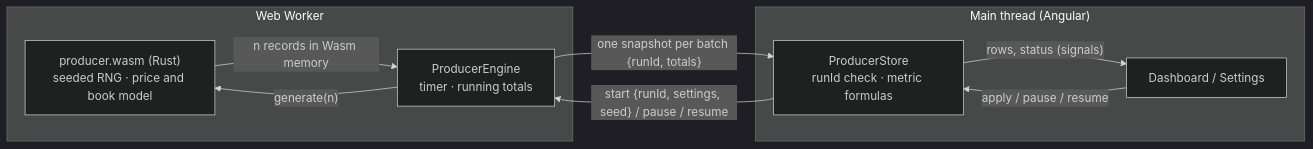
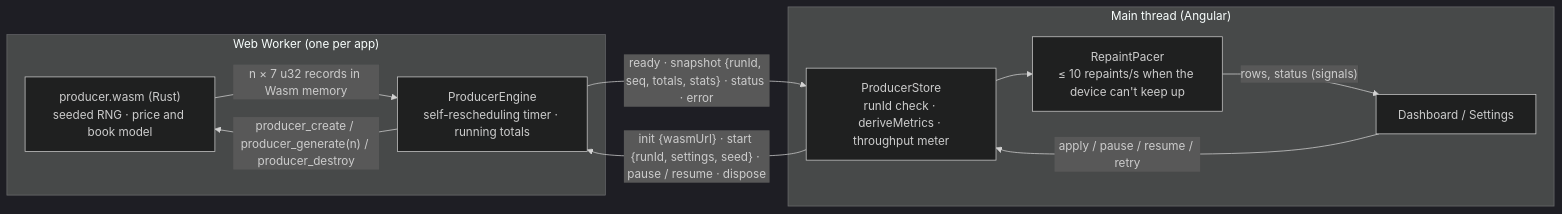
The diagram in README.md (vvitkus-dev/findev), drawn with Mermaid (dark theme) before and after one commit.

Commit message:
docs(readme): update the architecture diagram to match the current protocol

````diff
--- a/README.md
+++ b/README.md
@@ -32,17 +32,19 @@
 ```mermaid
 flowchart LR
-  subgraph Worker["Web Worker"]
+  subgraph Worker["Web Worker (one per app)"]
     Wasm["producer.wasm (Rust)<br/>seeded RNG · price and book model"]
-    Engine["ProducerEngine<br/>timer · running totals"]
-    Engine -- "generate(n)" --> Wasm
-    Wasm -- "n records in Wasm memory" --> Engine
+    Engine["ProducerEngine<br/>self-rescheduling timer · running totals"]
+    Engine -- "producer_create / producer_generate(n) / producer_destroy" --> Wasm
+    Wasm -- "n × 7 u32 records in Wasm memory" --> Engine
   end
   subgraph Main["Main thread (Angular)"]
-    Store["ProducerStore<br/>runId check · metric formulas"]
+    Store["ProducerStore<br/>runId check · deriveMetrics · throughput meter"]
+    Pacer["RepaintPacer<br/>≤ 10 repaints/s when the device can't keep up"]
     Pages["Dashboard / Settings"]
-    Store -- "rows, status (signals)" --> Pages
-    Pages -- "apply / pause / resume" --> Store
+    Store --> Pacer
+    Pacer -- "rows, status (signals)" --> Pages
+    Pages -- "apply / pause / resume / retry" --> Store
   end
-  Store -- "start {runId, settings, seed} / pause / resume" --> Engine
-  Engine -- "one snapshot per batch {runId, totals}" --> Store
+  Store -- "init {wasmUrl} · start {runId, settings, seed} · pause / resume · dispose" --> Engine
+  Engine -- "ready · snapshot {runId, seq, totals, stats} · status · error" --> Store
 ```
````
